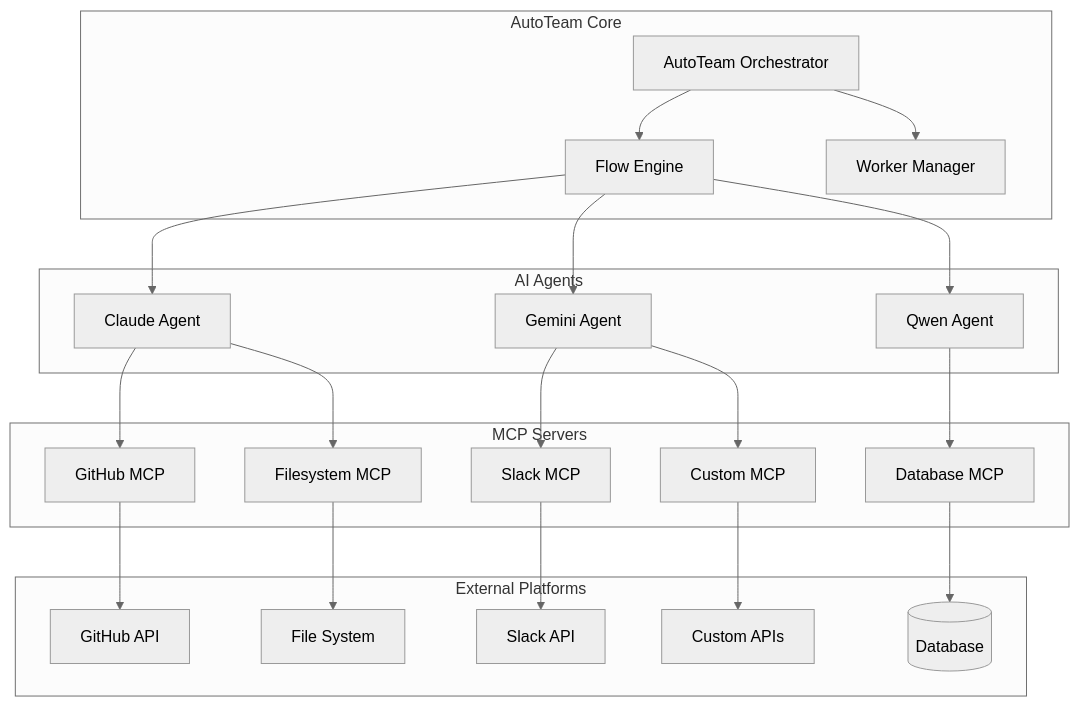
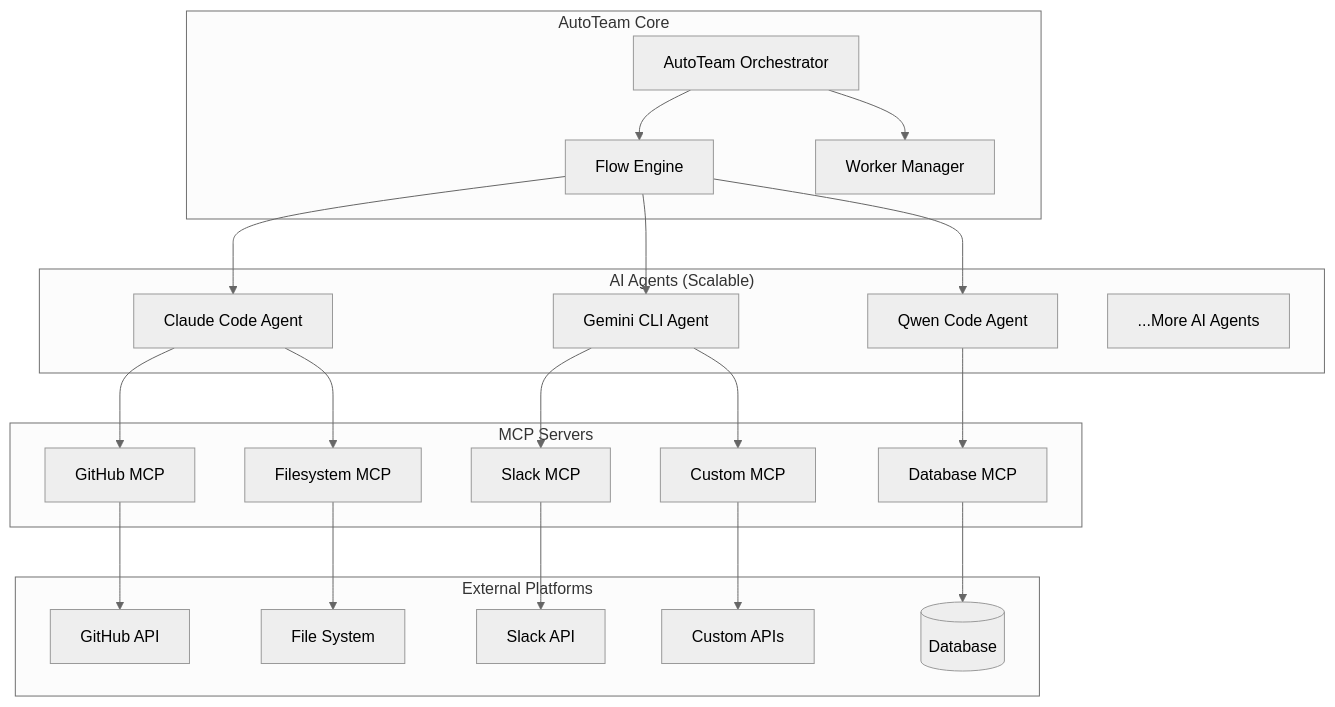
Before and after one commit to diazoxide/autoteam: the fourth of 5 diagrams in README.md, drawn with Mermaid (neutral theme). The commit also changed other lines of this file, not shown here.

First line of the commit message:
Update AI agent names to specify CLI/Code versions and scalability

````diff
--- a/README.md
+++ b/README.md
@@ -170,48 +170,49 @@
 ```mermaid
 graph TB
     subgraph "AutoTeam Core"
         ATC[AutoTeam Orchestrator]
         FE[Flow Engine]
         WM[Worker Manager]
     end
     
-    subgraph "AI Agents"
-        Claude[Claude Agent]
-        Gemini[Gemini Agent]
-        Qwen[Qwen Agent]
+    subgraph "AI Agents (Scalable)"
+        Claude[Claude Code Agent]
+        Gemini[Gemini CLI Agent]
+        Qwen[Qwen Code Agent]
+        More[...More AI Agents]
     end
     
     subgraph "MCP Servers"
         GMCP[GitHub MCP]
         SMCP[Slack MCP]
         DMCP[Database MCP]
         FMCP[Filesystem MCP]
         CMCP[Custom MCP]
     end
     
     subgraph "External Platforms"
         GitHub[GitHub API]
         Slack[Slack API]
         Database[(Database)]
         FileSystem[File System]
         Custom[Custom APIs]
     end
     
     ATC --> FE
     ATC --> WM
     FE --> Claude
     FE --> Gemini
     FE --> Qwen
     
     Claude --> GMCP
     Gemini --> SMCP
     Qwen --> DMCP
     Claude --> FMCP
     Gemini --> CMCP
     
     GMCP --> GitHub
     SMCP --> Slack
     DMCP --> Database
     FMCP --> FileSystem
     CMCP --> Custom
 ```
````
